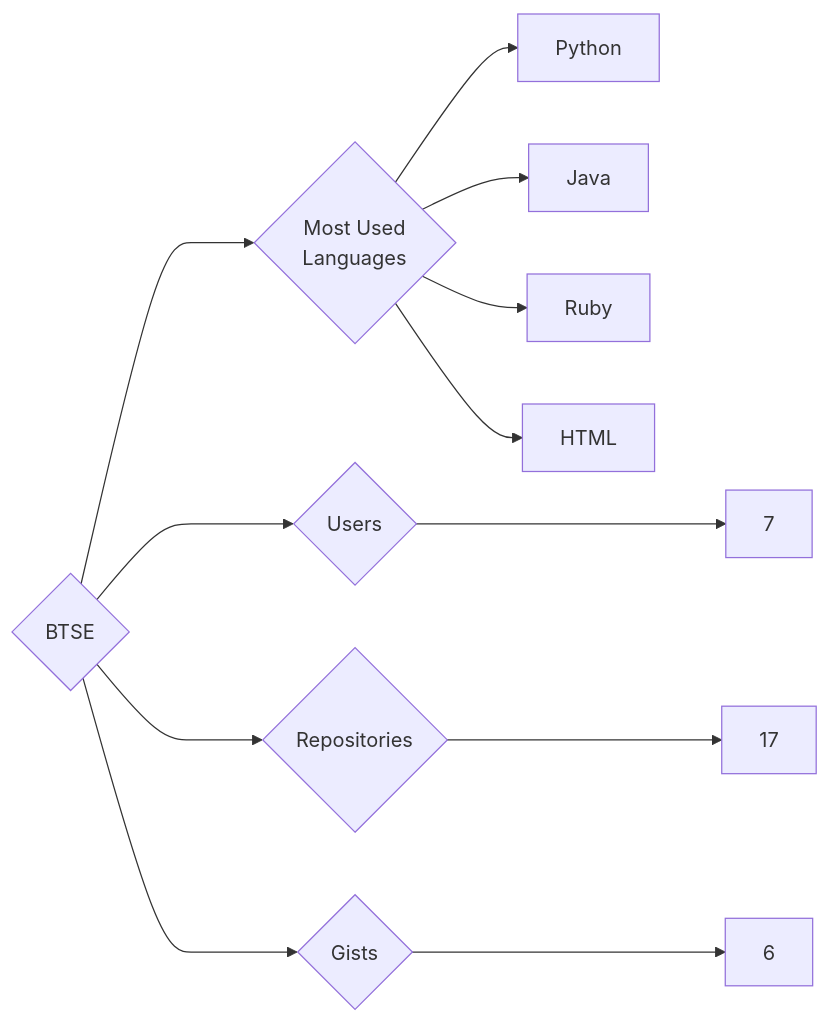
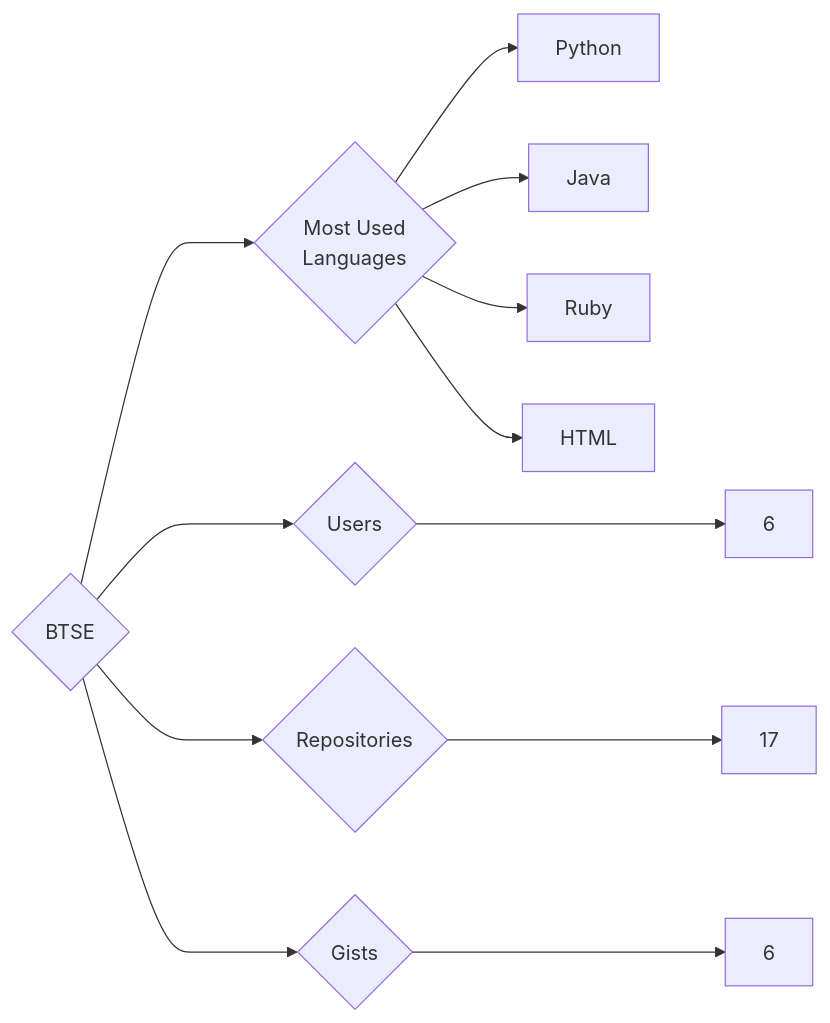
Before and after one commit to trickest/insiders: the diagram in targets/BTSE/README.md, drawn with Mermaid. The commit also changed 938 other files, not shown here.

````diff
--- a/targets/BTSE/README.md
+++ b/targets/BTSE/README.md
@@ -3,12 +3,12 @@
 ```mermaid
 graph LR
 COMPANY_NAME{BTSE}
-COMPANY_NAME ---> U{Users} ---> UN[7]
+COMPANY_NAME ---> U{Users} ---> UN[6]
 COMPANY_NAME ---> R{Repositories} ---> RN[17]
 COMPANY_NAME ---> G{Gists} ---> GN[6]
 COMPANY_NAME ---> ML{Most Used<br>Languages}
 ML --> Python[Python]
 ML --> Java[Java]
 ML --> Ruby[Ruby]
 ML --> HTML[HTML]
 ```
````
